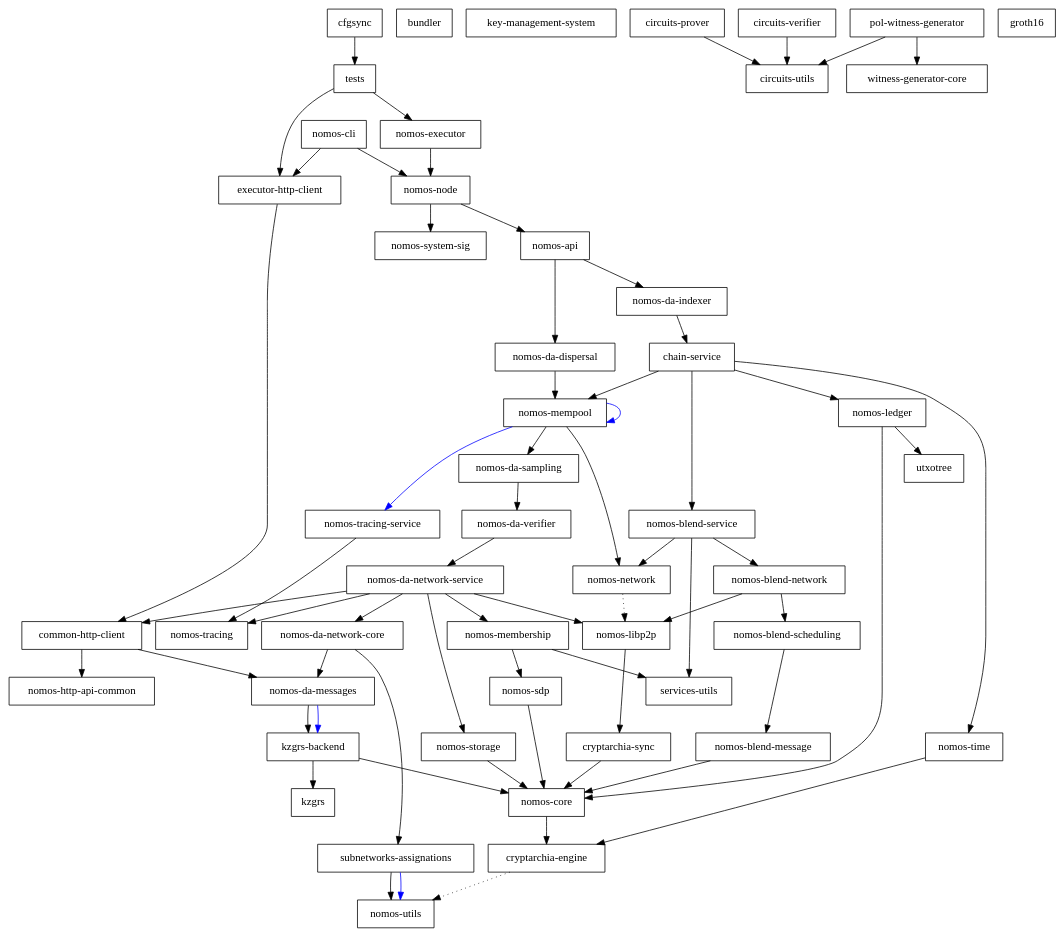
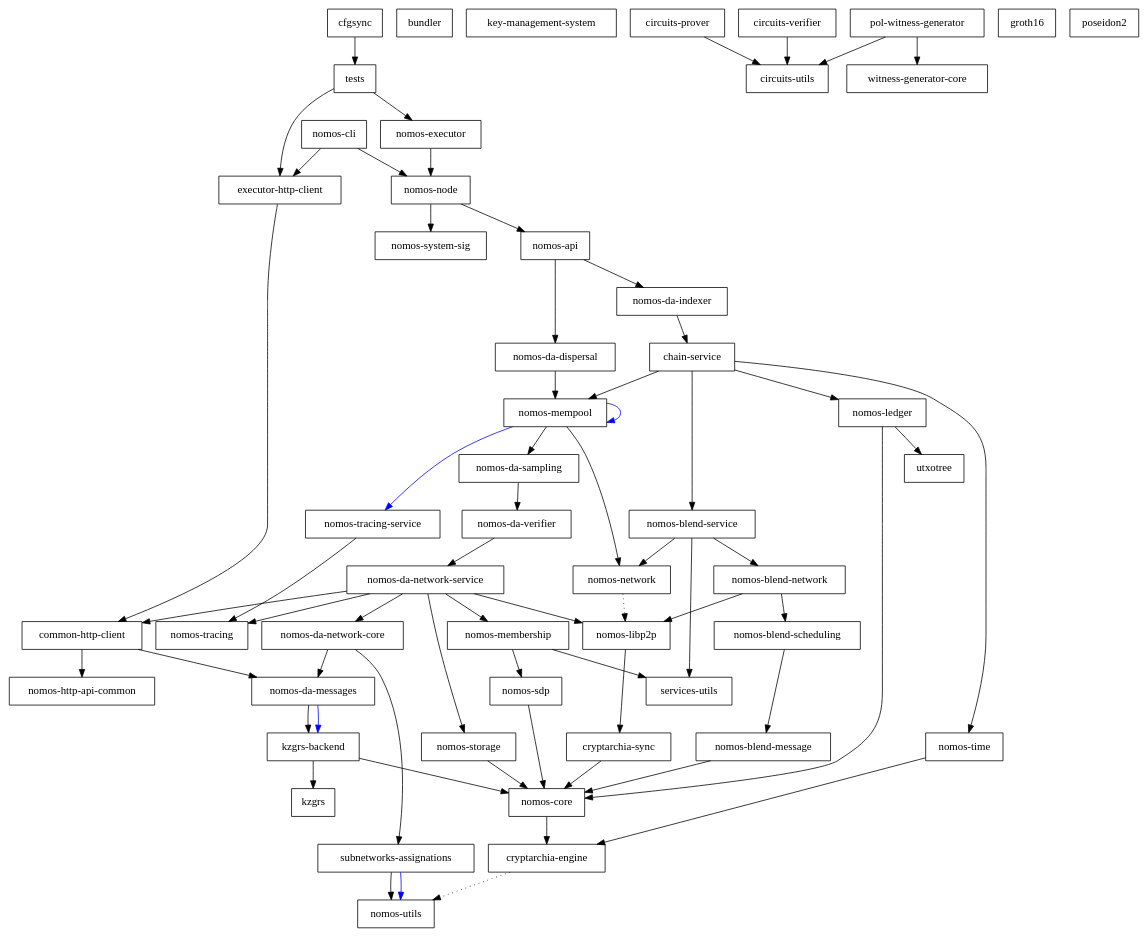
Before and after one commit to Astro521/logos-blockchain: the diagram in dependencies_graph.dot, drawn with Graphviz. The commit also changed 5 other files, not shown here.

```diff
--- a/dependencies_graph.dot
+++ b/dependencies_graph.dot
@@ -1,114 +1,115 @@
 digraph {
     0 [ label = "cryptarchia-engine" shape = box]
     1 [ label = "nomos-utils" shape = box]
     2 [ label = "cryptarchia-sync" shape = box]
     3 [ label = "nomos-core" shape = box]
     4 [ label = "nomos-ledger" shape = box]
     5 [ label = "utxotree" shape = box]
     6 [ label = "nomos-http-api-common" shape = box]
     7 [ label = "nomos-executor" shape = box]
     8 [ label = "kzgrs-backend" shape = box]
     9 [ label = "kzgrs" shape = box]
     10 [ label = "nomos-api" shape = box]
     11 [ label = "chain-service" shape = box]
     12 [ label = "nomos-blend-service" shape = box]
     13 [ label = "nomos-blend-message" shape = box]
     14 [ label = "nomos-blend-network" shape = box]
     15 [ label = "nomos-blend-scheduling" shape = box]
     16 [ label = "nomos-libp2p" shape = box]
     17 [ label = "nomos-network" shape = box]
     18 [ label = "services-utils" shape = box]
     19 [ label = "nomos-da-sampling" shape = box]
     20 [ label = "nomos-da-network-core" shape = box]
     21 [ label = "nomos-da-messages" shape = box]
     22 [ label = "subnetworks-assignations" shape = box]
     23 [ label = "nomos-da-network-service" shape = box]
     24 [ label = "common-http-client" shape = box]
     25 [ label = "nomos-membership" shape = box]
     26 [ label = "nomos-sdp" shape = box]
     27 [ label = "nomos-storage" shape = box]
     28 [ label = "nomos-tracing" shape = box]
     29 [ label = "nomos-da-verifier" shape = box]
     30 [ label = "nomos-mempool" shape = box]
     31 [ label = "nomos-tracing-service" shape = box]
     32 [ label = "nomos-time" shape = box]
     33 [ label = "nomos-da-dispersal" shape = box]
     34 [ label = "nomos-da-indexer" shape = box]
     35 [ label = "nomos-node" shape = box]
     36 [ label = "nomos-system-sig" shape = box]
     37 [ label = "executor-http-client" shape = box]
     38 [ label = "bundler" shape = box]
     39 [ label = "nomos-cli" shape = box]
     40 [ label = "key-management-system" shape = box]
     41 [ label = "cfgsync" shape = box]
     42 [ label = "tests" shape = box]
     43 [ label = "circuits-prover" shape = box]
     44 [ label = "circuits-utils" shape = box]
     45 [ label = "circuits-verifier" shape = box]
     46 [ label = "witness-generator-core" shape = box]
     47 [ label = "pol-witness-generator" shape = box]
     48 [ label = "groth16" shape = box]
+    49 [ label = "poseidon2" shape = box]
     0 -> 1 [ style = dotted]
     2 -> 3 [ ]
     3 -> 0 [ ]
     4 -> 3 [ ]
     4 -> 5 [ ]
     7 -> 35 [ ]
     8 -> 9 [ ]
     8 -> 3 [ ]
     10 -> 33 [ ]
     10 -> 34 [ ]
     11 -> 12 [ ]
     11 -> 4 [ ]
     11 -> 30 [ ]
     11 -> 32 [ ]
     12 -> 14 [ ]
     12 -> 17 [ ]
     12 -> 18 [ ]
     13 -> 3 [ ]
     14 -> 15 [ ]
     14 -> 16 [ ]
     15 -> 13 [ ]
     16 -> 2 [ ]
     17 -> 16 [ style = dotted]
     19 -> 29 [ ]
     20 -> 21 [ ]
     20 -> 22 [ ]
     21 -> 8 [ ]
     21 -> 8 [ color = blue]
     22 -> 1 [ ]
     22 -> 1 [ color = blue]
     23 -> 24 [ ]
     23 -> 20 [ ]
     23 -> 16 [ ]
     23 -> 25 [ ]
     23 -> 27 [ ]
     23 -> 28 [ ]
     24 -> 21 [ ]
     24 -> 6 [ ]
     25 -> 26 [ ]
     25 -> 18 [ ]
     26 -> 3 [ ]
     27 -> 3 [ ]
     29 -> 23 [ ]
     30 -> 19 [ ]
     30 -> 30 [ color = blue]
     30 -> 17 [ ]
     30 -> 31 [ color = blue]
     31 -> 28 [ ]
     32 -> 0 [ ]
     33 -> 30 [ ]
     34 -> 11 [ ]
     35 -> 10 [ ]
     35 -> 36 [ ]
     37 -> 24 [ ]
     39 -> 37 [ ]
     39 -> 35 [ ]
     41 -> 42 [ ]
     42 -> 37 [ ]
     42 -> 7 [ ]
     43 -> 44 [ ]
     45 -> 44 [ ]
     47 -> 44 [ ]
     47 -> 46 [ ]
 }
```
